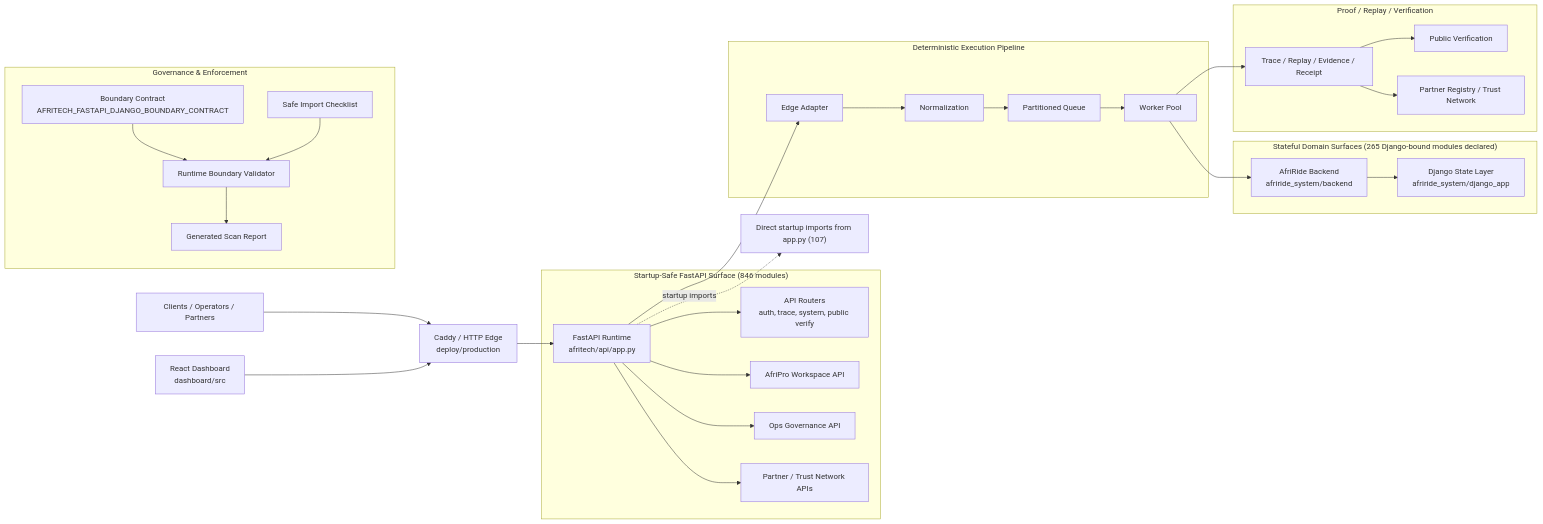
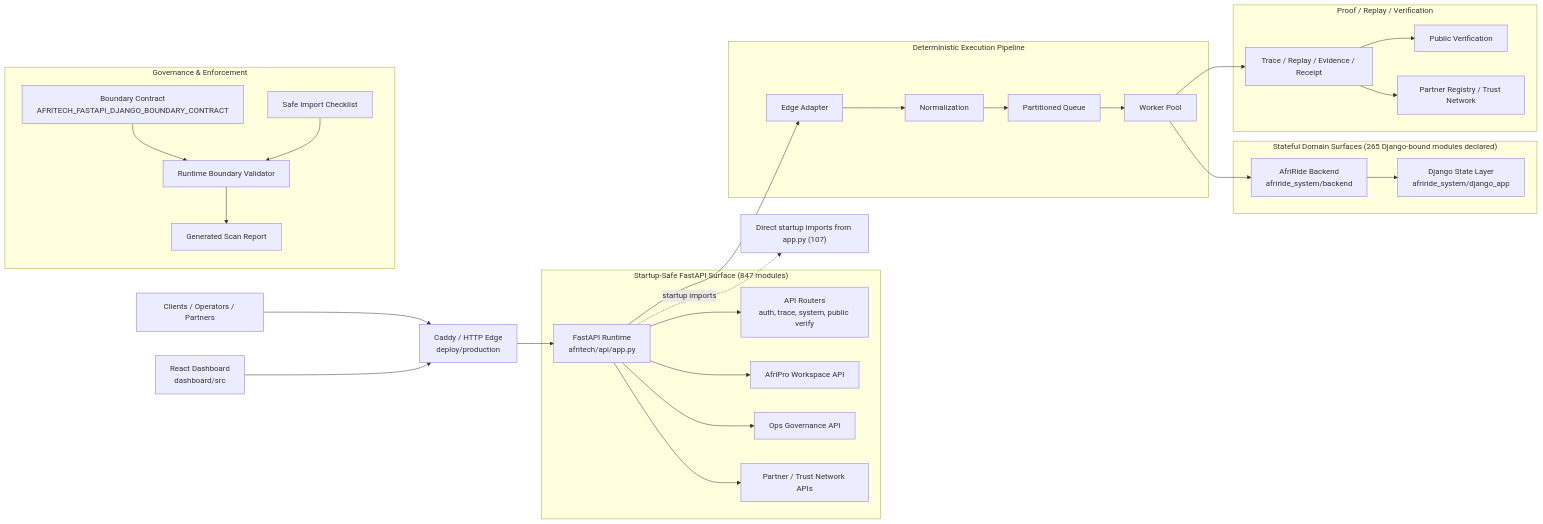
Before and after one commit to Strelly2023/afritelematics: the first of 2 diagrams in docs/architecture/AFRITECH_FULL_ARCHITECTURE_GRAPH.md, drawn with Mermaid. The commit also changed other lines of this file and 11 other files, not shown here.

````diff
--- a/docs/architecture/AFRITECH_FULL_ARCHITECTURE_GRAPH.md
+++ b/docs/architecture/AFRITECH_FULL_ARCHITECTURE_GRAPH.md
@@ -22,39 +22,39 @@
 ```mermaid
 flowchart LR
     Client["Clients / Operators / Partners"] --> Edge["Caddy / HTTP Edge\ndeploy/production"]
     Dashboard["React Dashboard\ndashboard/src"] --> Edge
     Edge --> App["FastAPI Runtime\nafritech/api/app.py"]
 
-    subgraph FastAPI["Startup-Safe FastAPI Surface (846 modules)"]
+    subgraph FastAPI["Startup-Safe FastAPI Surface (847 modules)"]
         App --> Api["API Routers\nauth, trace, system, public verify"]
         App --> Workspace["AfriPro Workspace API"]
         App --> Governance["Ops Governance API"]
         App --> Trust["Partner / Trust Network APIs"]
     end
 
     subgraph Pipeline["Deterministic Execution Pipeline"]
         App --> Adapt["Edge Adapter"]
         Adapt --> Normalize["Normalization"]
         Normalize --> Queue["Partitioned Queue"]
         Queue --> Worker["Worker Pool"]
     end
 
     subgraph State["Stateful Domain Surfaces (265 Django-bound modules declared)"]
         Worker --> Domain["AfriRide Backend\nafriride_system/backend"]
         Domain --> Django["Django State Layer\nafriride_system/django_app"]
     end
 
     subgraph Proof["Proof / Replay / Verification"]
         Worker --> Trace["Trace / Replay / Evidence / Receipt"]
         Trace --> Public["Public Verification"]
         Trace --> Registry["Partner Registry / Trust Network"]
     end
 
     subgraph GovernancePlane["Governance & Enforcement"]
         Contract["Boundary Contract\nAFRITECH_FASTAPI_DJANGO_BOUNDARY_CONTRACT"] --> Validator["Runtime Boundary Validator"]
         Checklist["Safe Import Checklist"] --> Validator
         Validator --> Review["Generated Scan Report"]
     end
 
     App -. startup imports .-> Imports["Direct startup imports from app.py (107)"]
 ```
````
